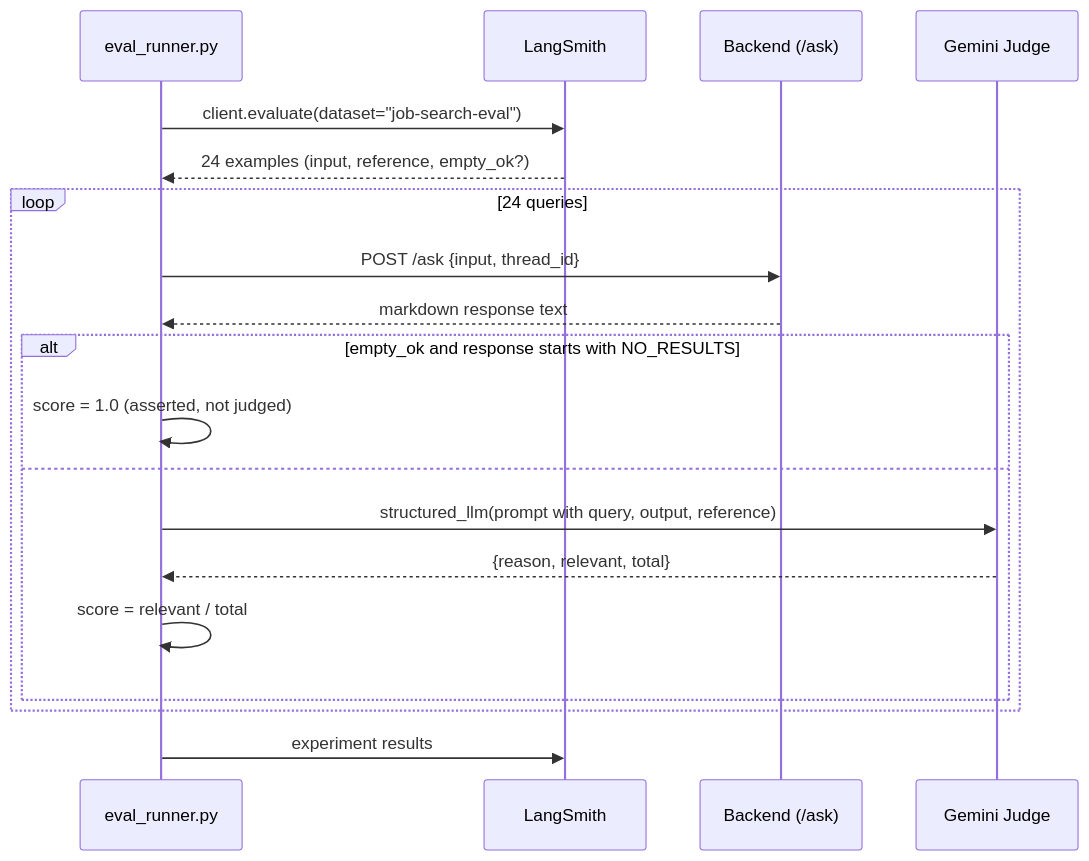
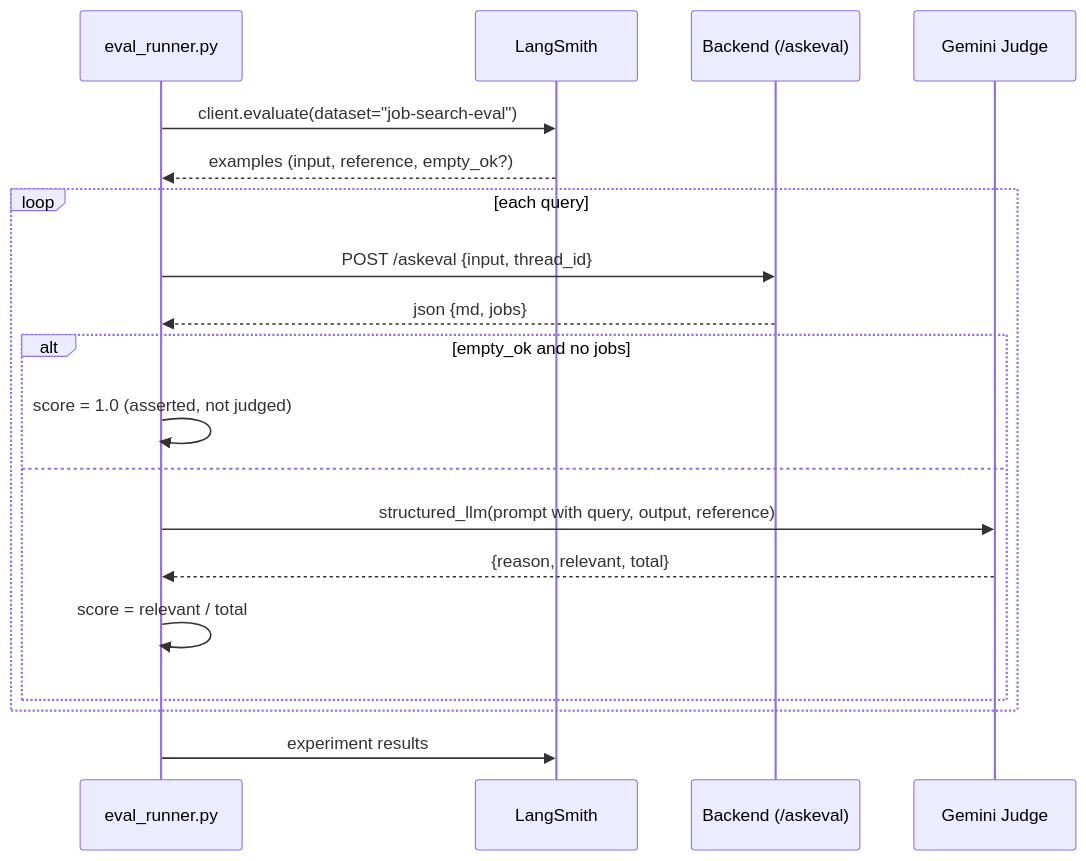
Before and after one commit to tsouk88/job-search-agent: the diagram in openwiki/evals/langsmith-eval.md, drawn with Mermaid. The commit also changed other lines of this file and 25 other files, not shown here.

````diff
--- a/openwiki/evals/langsmith-eval.md
+++ b/openwiki/evals/langsmith-eval.md
@@ -22,22 +23,22 @@
 ```mermaid
 sequenceDiagram
     participant E as eval_runner.py
     participant LS as LangSmith
-    participant B as Backend (/ask)
+    participant B as Backend (/askeval)
     participant J as Gemini Judge
 
     E->>LS: client.evaluate(dataset="job-search-eval")
-    LS-->>E: 24 examples (input, reference, empty_ok?)
-    loop 24 queries
-        E->>B: POST /ask {input, thread_id}
-        B-->>E: markdown response text
-        alt empty_ok and response starts with NO_RESULTS
+    LS-->>E: examples (input, reference, empty_ok?)
+    loop each query
+        E->>B: POST /askeval {input, thread_id}
+        B-->>E: json {md, jobs}
+        alt empty_ok and no jobs
             E->>E: score = 1.0 (asserted, not judged)
         else
             E->>J: structured_llm(prompt with query, output, reference)
             J-->>E: {reason, relevant, total}
             E->>E: score = relevant / total
         end
     end
     E->>LS: experiment results
 ```
````
